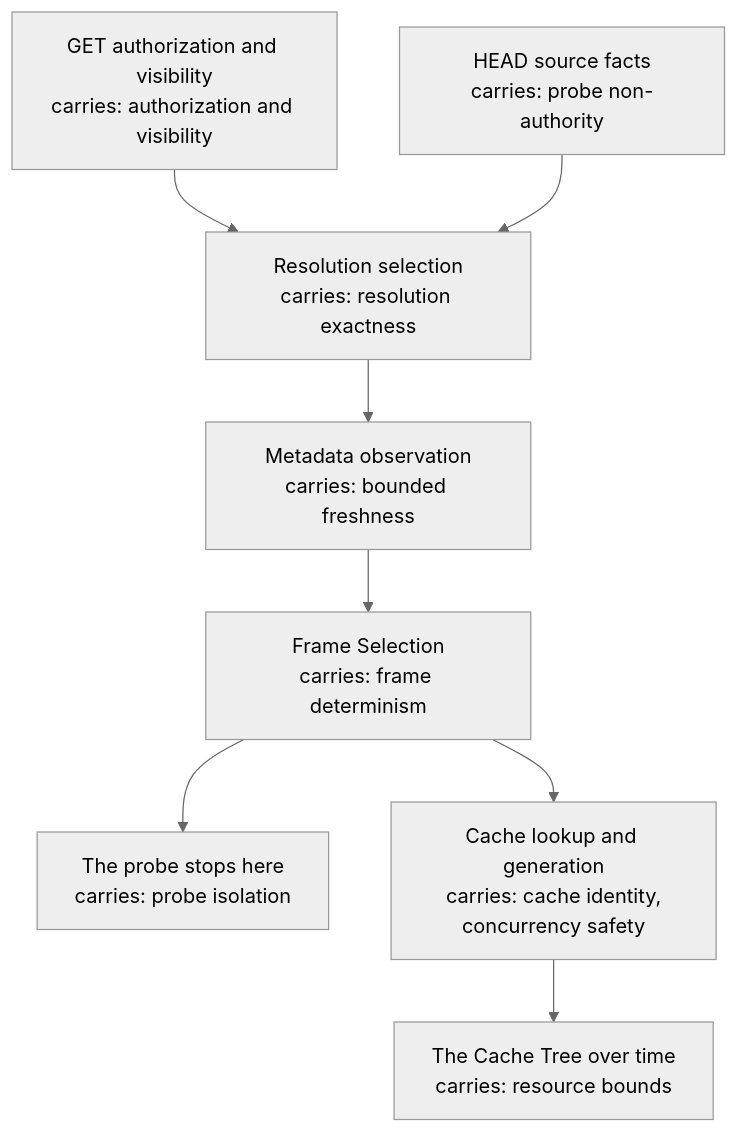
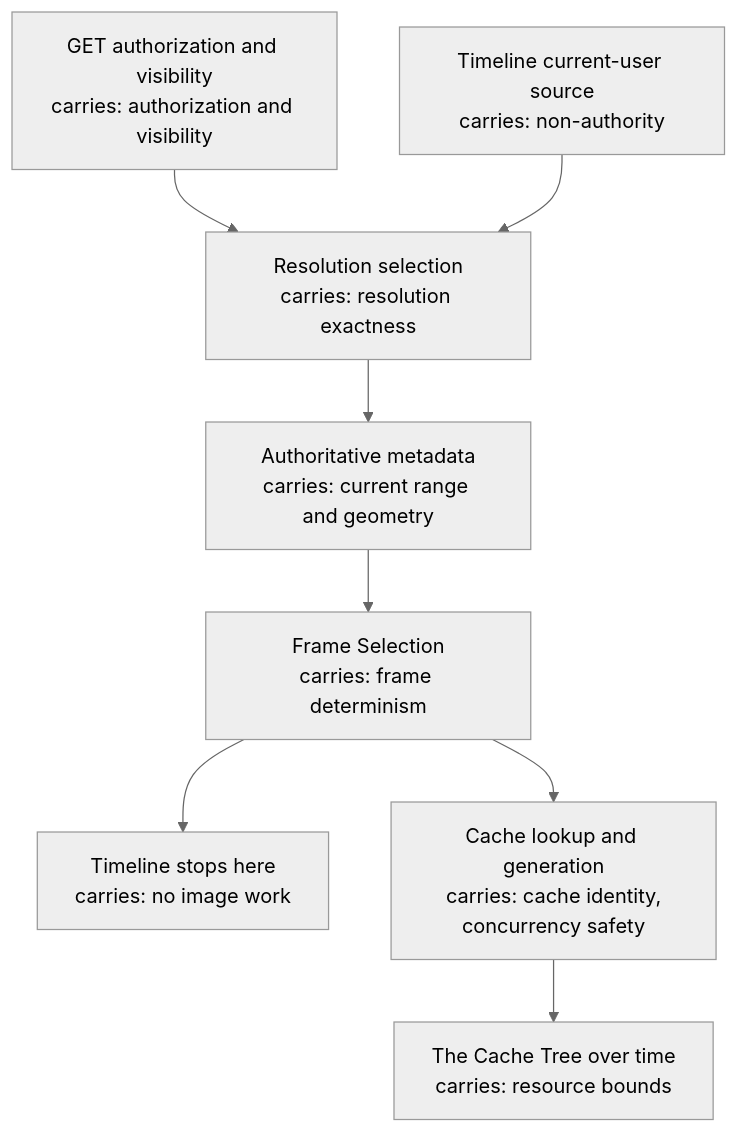
One commit to xiakeng/trickplay-cropper changed the diagram in docs/business/design/README.md. Above: the diagram before and after it, drawn with Mermaid (neutral theme). The commit also changed other lines of this file and 25 other files, not shown here.

````diff
--- a/docs/business/design/README.md
+++ b/docs/business/design/README.md
@@ -23,10 +23,10 @@
 ```mermaid
 flowchart TD
     G["GET authorization and visibility<br/>carries: authorization and visibility"] --> S2["Resolution selection<br/>carries: resolution exactness"]
-    H["HEAD source facts<br/>carries: probe non-authority"] --> S2
-    S2 --> M["Metadata observation<br/>carries: bounded freshness"]
+    H["Timeline current-user source<br/>carries: non-authority"] --> S2
+    S2 --> M["Authoritative metadata<br/>carries: current range and geometry"]
     M --> S3["Frame Selection<br/>carries: frame determinism"]
-    S3 --> P["The probe stops here<br/>carries: probe isolation"]
+    S3 --> P["Timeline stops here<br/>carries: no image work"]
     S3 --> S4["Cache lookup and generation<br/>carries: cache identity,<br/>concurrency safety"]
     S4 --> S5["The Cache Tree over time<br/>carries: resource bounds"]
 ```
````
